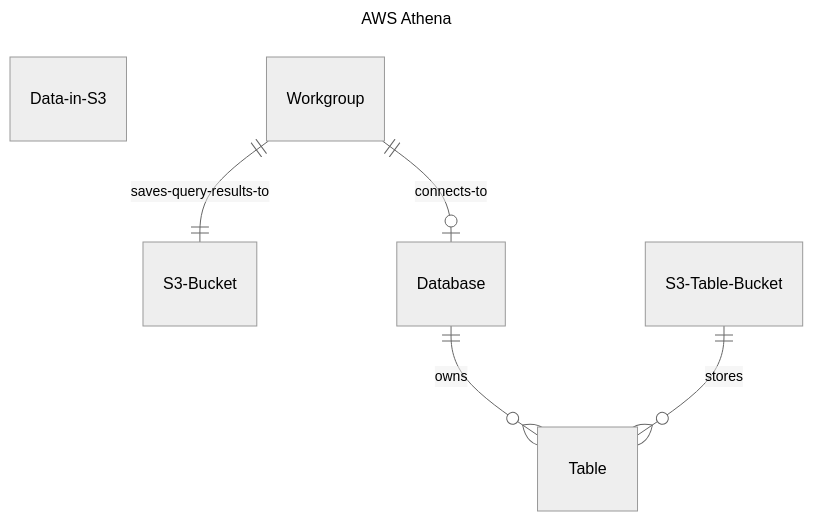
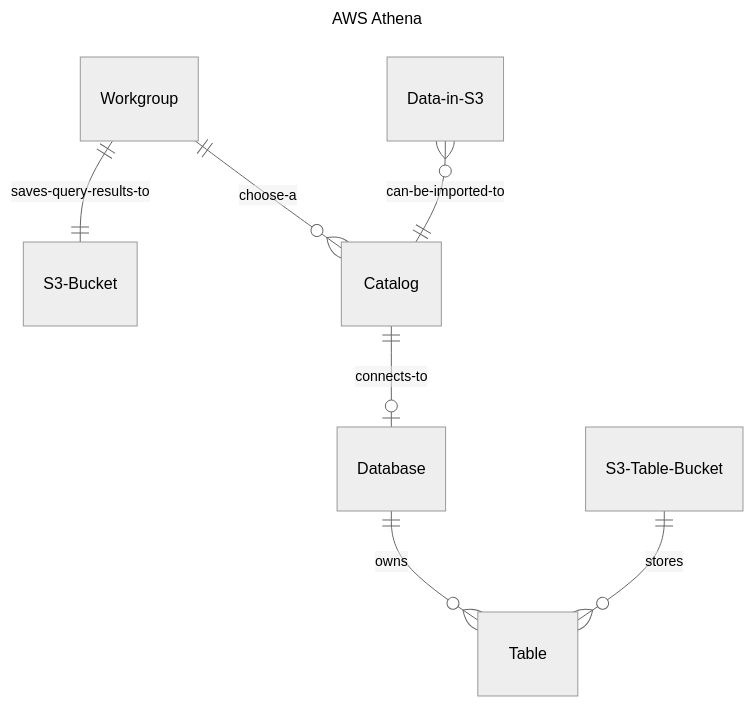
The diagram in aws/05-lambda-dynamo/README.md (Hasuzawa/aws-projects), drawn with Mermaid (neutral theme) before and after one commit.

Commit message:
doc(aws): update diagram

````diff
--- a/aws/05-lambda-dynamo/README.md
+++ b/aws/05-lambda-dynamo/README.md
@@ -7,17 +7,20 @@
 ```mermaid
 ---
 title: AWS Athena
 ---
 erDiagram
   Data-in-S3
   S3-Bucket
   S3-Table-Bucket
+  Workgroup
+  Catalog
+  Database
   Table
-  Workgroup
-  Database
 
   Workgroup || -- || S3-Bucket : saves-query-results-to
-  Workgroup || -- o| Database: connects-to
+  Workgroup || -- o{ Catalog : choose-a
+  Data-in-S3 o{ -- || Catalog : can-be-imported-to
+  Catalog || -- o| Database: connects-to
   Database || -- o{ Table: owns
   S3-Table-Bucket || -- o{ Table: stores
 ```
````
